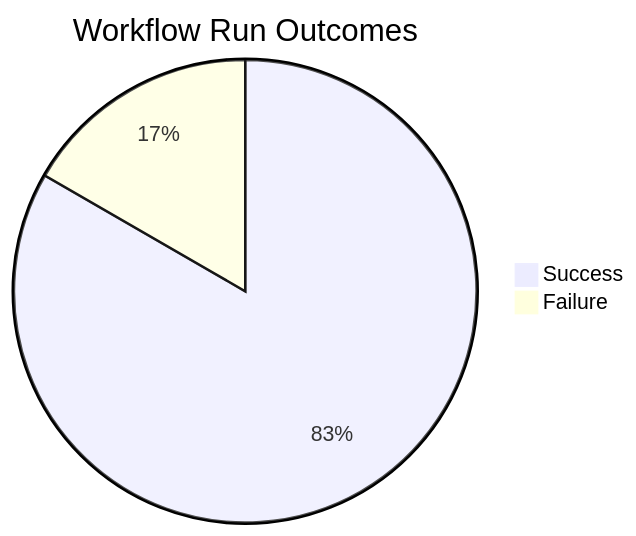
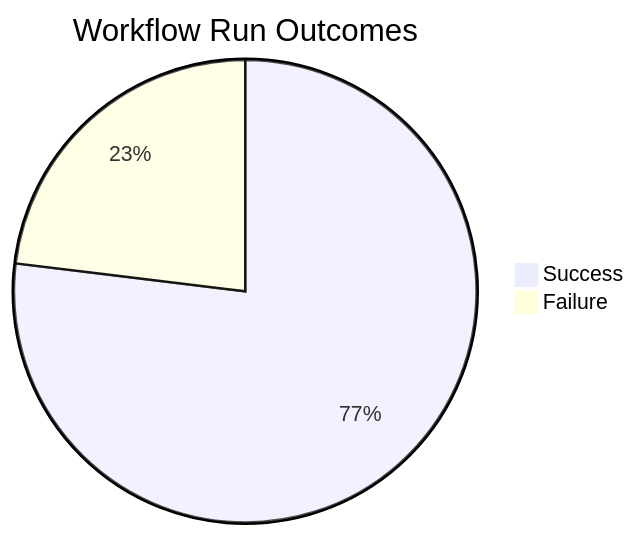
The first of 4 diagrams in docs/ci-cd/dora-summary.md (ukma-cs-ssdm-2025/rate-ukma), drawn with Mermaid before and after one commit. The commit also changed other lines of this file, not shown here.

````diff
--- a/docs/ci-cd/dora-summary.md
+++ b/docs/ci-cd/dora-summary.md
@@ -22,5 +22,5 @@
 ```mermaid
 pie title Workflow Run Outcomes
     "Success" : 10
-    "Failure" : 2
+    "Failure" : 3
 ```
````
